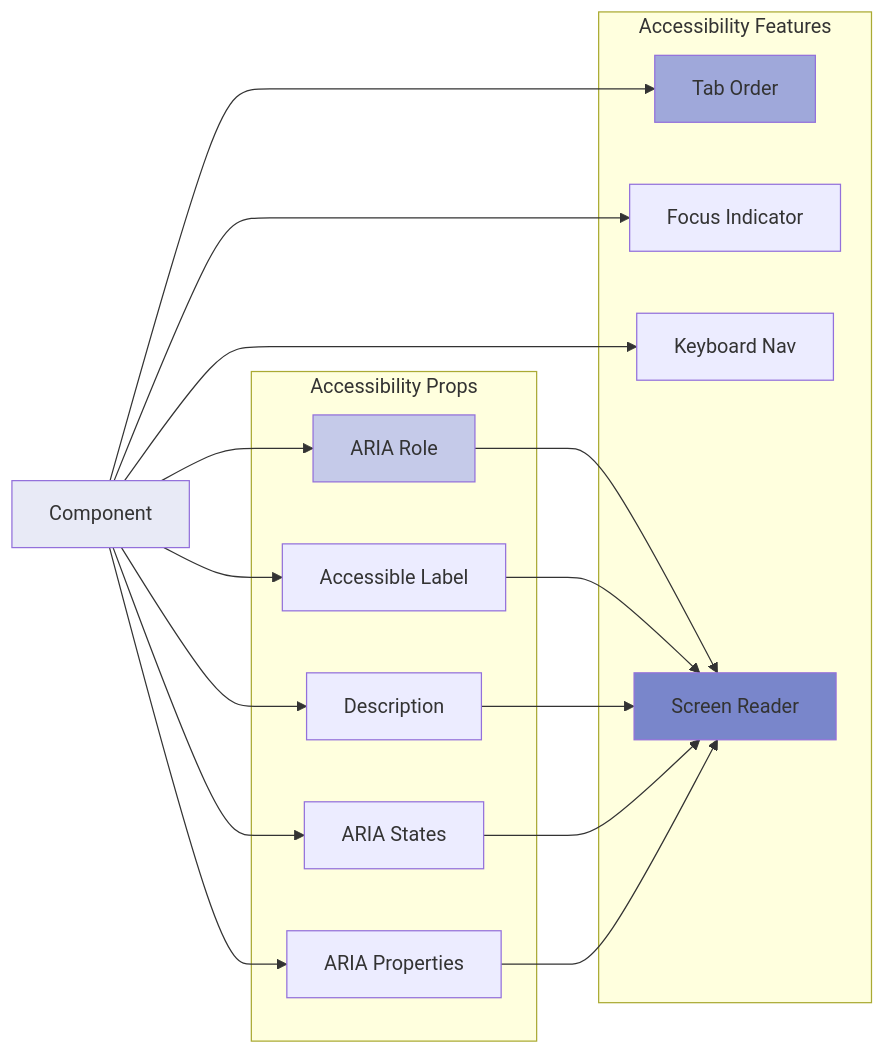
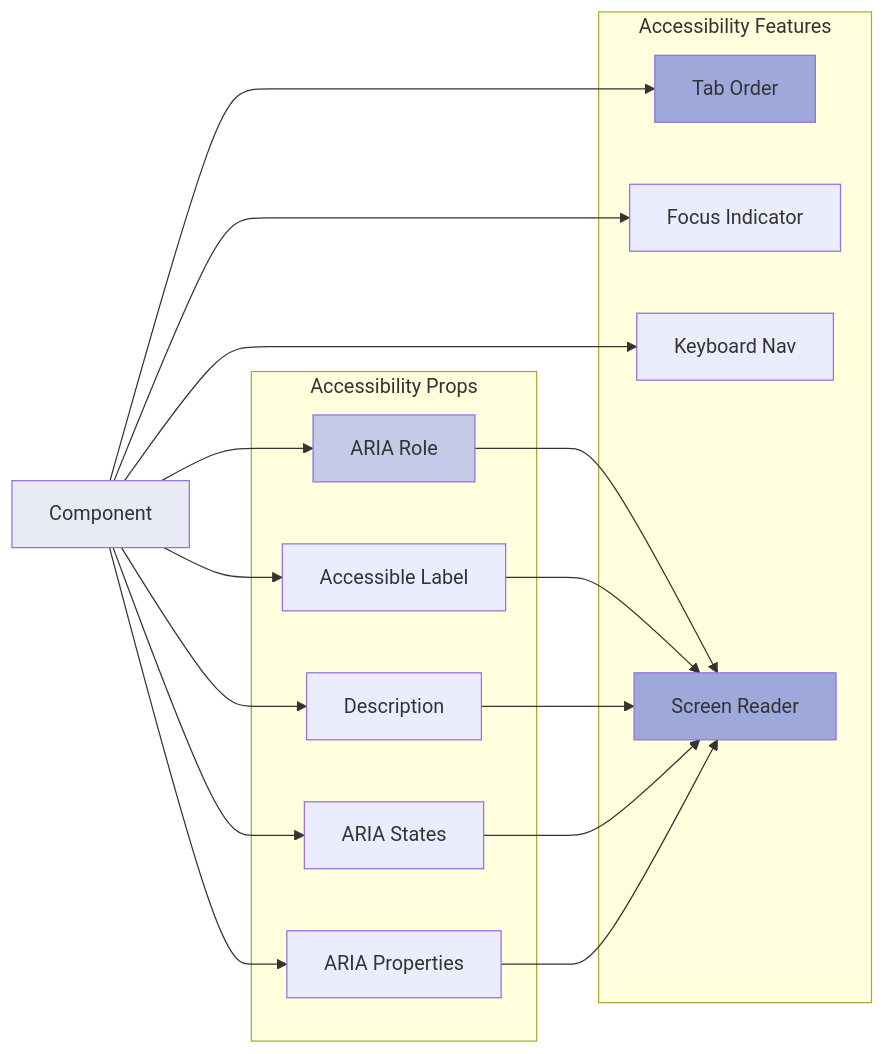
Before and after one commit to JEleniel/engage-ux: diagram 14 of 14 in docs/design/architecture/Component_Architecture.md, drawn with Mermaid. The commit also changed other lines of this file and 4 other files, not shown here.

First line of the commit message:
Fix WCAG AAA compliance and improve diagram color consistency

````diff
--- a/docs/design/architecture/Component_Architecture.md
+++ b/docs/design/architecture/Component_Architecture.md
@@ -624,40 +624,40 @@
 ```mermaid
 graph LR
     COMP[Component]
     
     subgraph "Accessibility Props"
         ROLE[ARIA Role]
         LABEL[Accessible Label]
         DESC[Description]
         STATE[ARIA States]
         PROPS[ARIA Properties]
     end
     
     COMP --> ROLE
     COMP --> LABEL
     COMP --> DESC
     COMP --> STATE
     COMP --> PROPS
     
     subgraph "Accessibility Features"
         TAB[Tab Order]
         FOCUS[Focus Indicator]
         KEYBOARD[Keyboard Nav]
         ANNOUNCE[Screen Reader]
     end
     
     ROLE --> ANNOUNCE
     LABEL --> ANNOUNCE
     DESC --> ANNOUNCE
     STATE --> ANNOUNCE
     PROPS --> ANNOUNCE
     
     COMP --> TAB
     COMP --> FOCUS
     COMP --> KEYBOARD
     
     style COMP fill:#e8eaf6
     style ROLE fill:#c5cae9
     style TAB fill:#9fa8da
-    style ANNOUNCE fill:#7986cb
+    style ANNOUNCE fill:#9fa8da
 ```
````
